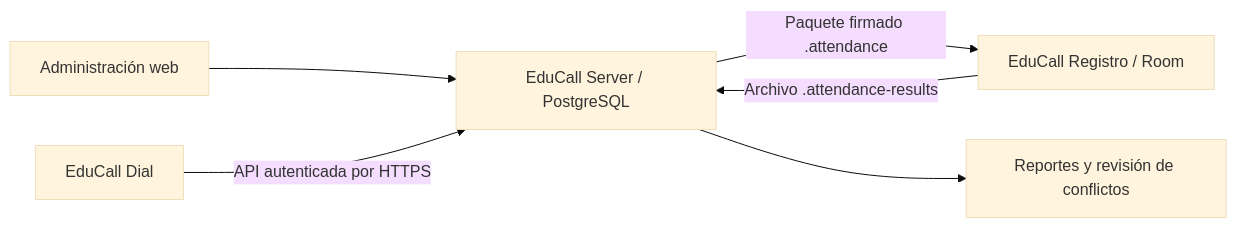
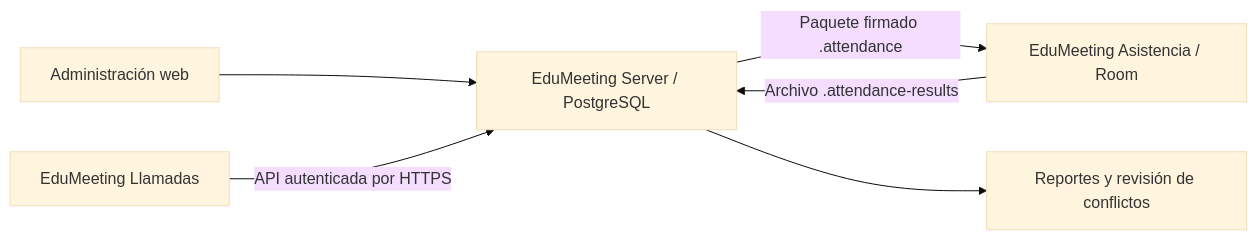
One commit to 2025je/educall changed the diagram in README.md. Above: the diagram before and after it, drawn with Mermaid (base theme). The commit also changed other lines of this file and 125 other files, not shown here.

First line of the commit message:
Renombrar EduCall a EduMeeting y rediseño Zensical

````diff
--- a/README.md
+++ b/README.md
@@ -11,8 +11,8 @@
 ```mermaid
 flowchart LR
-  Admin[Administración web] --> Server[EduCall Server / PostgreSQL]
-  Dial[EduCall Dial] -->|API autenticada por HTTPS| Server
-  Server -->|Paquete firmado .attendance| Registro[EduCall Registro / Room]
+  Admin[Administración web] --> Server[EduMeeting Server / PostgreSQL]
+  Dial[EduMeeting Llamadas] -->|API autenticada por HTTPS| Server
+  Server -->|Paquete firmado .attendance| Registro[EduMeeting Asistencia / Room]
   Registro -->|Archivo .attendance-results| Server
   Server --> Reportes[Reportes y revisión de conflictos]
 ```
````
